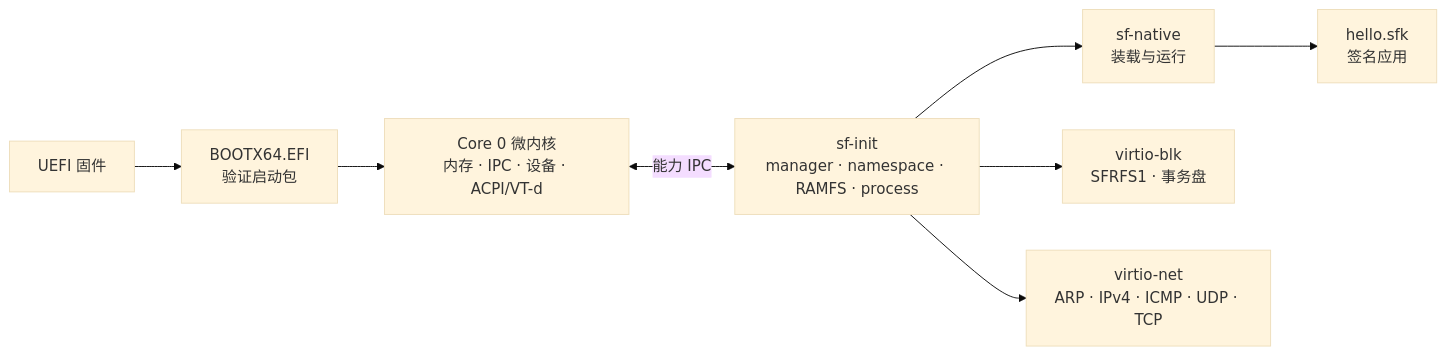
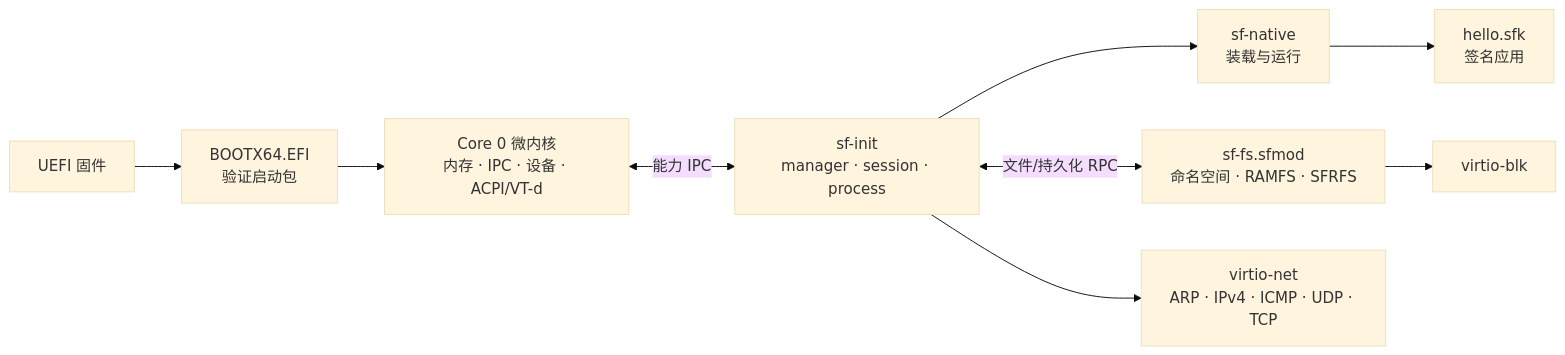
One commit to fwqfzqaz/SpiritFoxOS changed the diagram in README.md. Above: the diagram before and after it, drawn with Mermaid (base theme). The commit also changed other lines of this file and 175 other files, not shown here.

````diff
--- a/README.md
+++ b/README.md
@@ -31,10 +34,11 @@
 ```mermaid
 flowchart LR
     FW[UEFI 固件] --> EFI[BOOTX64.EFI<br/>验证启动包]
     EFI --> CORE[Core 0 微内核<br/>内存 · IPC · 设备 · ACPI/VT-d]
-    CORE <-->|能力 IPC| INIT[sf-init<br/>manager · namespace · RAMFS · process]
+    CORE <-->|能力 IPC| INIT[sf-init<br/>manager · session · process]
     INIT --> NATIVE[sf-native<br/>装载与运行]
-    INIT --> BLK[virtio-blk<br/>SFRFS1 · 事务盘]
+    INIT <-->|文件/持久化 RPC| FS[sf-fs.sfmod<br/>命名空间 · RAMFS · SFRFS]
+    FS --> BLK[virtio-blk]
     INIT --> NET[virtio-net<br/>ARP · IPv4 · ICMP · UDP · TCP]
     NATIVE --> APP[hello.sfk<br/>签名应用]
 ```
````
